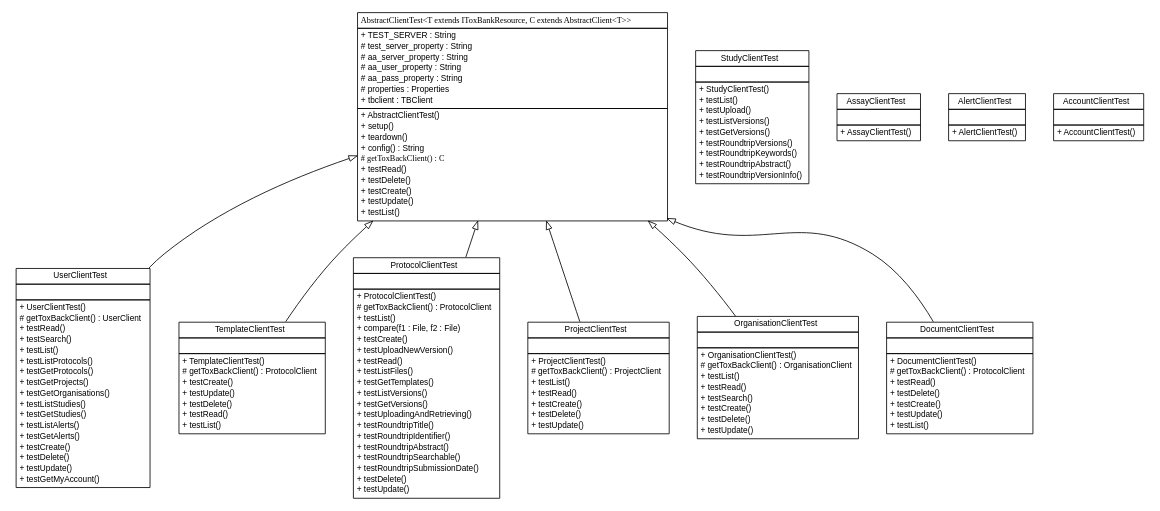
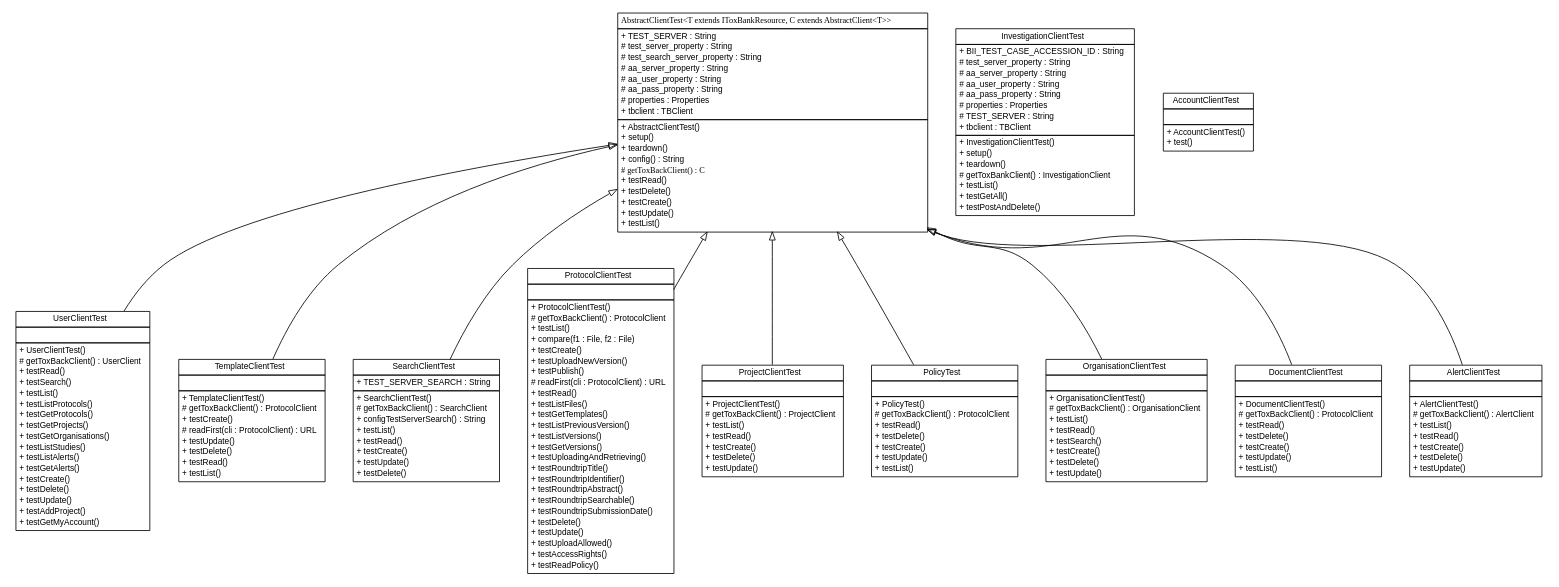
One commit to ToxBank/toxbank-api-client changed the diagram in testapidocs/net/toxbank/client/resource/net.toxbank.client.resource.dot. Above: the diagram before and after it, drawn with Graphviz. The commit also changed 329 other files, not shown here.

```diff
--- a/testapidocs/net/toxbank/client/resource/net.toxbank.client.resource.dot
+++ b/testapidocs/net/toxbank/client/resource/net.toxbank.client.resource.dot
@@ -26,12 +26,12 @@
 			<tr><td align="left"> + testGetProjects() </td></tr>
 			<tr><td align="left"> + testGetOrganisations() </td></tr>
 			<tr><td align="left"> + testListStudies() </td></tr>
-			<tr><td align="left"> + testGetStudies() </td></tr>
 			<tr><td align="left"> + testListAlerts() </td></tr>
 			<tr><td align="left"> + testGetAlerts() </td></tr>
 			<tr><td align="left"> + testCreate() </td></tr>
 			<tr><td align="left"> + testDelete() </td></tr>
 			<tr><td align="left"> + testUpdate() </td></tr>
+			<tr><td align="left"> + testAddProject() </td></tr>
 			<tr><td align="left"> + testGetMyAccount() </td></tr>
 		</table></td></tr>
 		</table>>, fontname="arial", fontcolor="black", fontsize=10.0];
@@ -47,30 +47,30 @@
 			<tr><td align="left"> + TemplateClientTest() </td></tr>
 			<tr><td align="left"> # getToxBackClient() : ProtocolClient </td></tr>
 			<tr><td align="left"> + testCreate() </td></tr>
+			<tr><td align="left"> # readFirst(cli : ProtocolClient) : URL </td></tr>
 			<tr><td align="left"> + testUpdate() </td></tr>
 			<tr><td align="left"> + testDelete() </td></tr>
 			<tr><td align="left"> + testRead() </td></tr>
 			<tr><td align="left"> + testList() </td></tr>
 		</table></td></tr>
 		</table>>, fontname="arial", fontcolor="black", fontsize=10.0];
-	// net.toxbank.client.resource.StudyClientTest
-	c2 [label=<<table border="0" cellborder="1" cellspacing="0" cellpadding="2" port="p" href="./StudyClientTest.html">
+	// net.toxbank.client.resource.SearchClientTest
+	c2 [label=<<table border="0" cellborder="1" cellspacing="0" cellpadding="2" port="p" href="./SearchClientTest.html">
 		<tr><td><table border="0" cellspacing="0" cellpadding="1">
-			<tr><td> StudyClientTest </td></tr>
+			<tr><td> SearchClientTest </td></tr>
 		</table></td></tr>
 		<tr><td><table border="0" cellspacing="0" cellpadding="1">
-			<tr><td align="left">  </td></tr>
+			<tr><td align="left"> + TEST_SERVER_SEARCH : String </td></tr>
 		</table></td></tr>
 		<tr><td><table border="0" cellspacing="0" cellpadding="1">
-			<tr><td align="left"> + StudyClientTest() </td></tr>
+			<tr><td align="left"> + SearchClientTest() </td></tr>
+			<tr><td align="left"> # getToxBackClient() : SearchClient </td></tr>
+			<tr><td align="left"> + configTestServerSearch() : String </td></tr>
 			<tr><td align="left"> + testList() </td></tr>
-			<tr><td align="left"> + testUpload() </td></tr>
-			<tr><td align="left"> + testListVersions() </td></tr>
-			<tr><td align="left"> + testGetVersions() </td></tr>
-			<tr><td align="left"> + testRoundtripVersions() </td></tr>
-			<tr><td align="left"> + testRoundtripKeywords() </td></tr>
-			<tr><td align="left"> + testRoundtripAbstract() </td></tr>
-			<tr><td align="left"> + testRoundtripVersionInfo() </td></tr>
+			<tr><td align="left"> + testRead() </td></tr>
+			<tr><td align="left"> + testCreate() </td></tr>
+			<tr><td align="left"> + testUpdate() </td></tr>
+			<tr><td align="left"> + testDelete() </td></tr>
 		</table></td></tr>
 		</table>>, fontname="arial", fontcolor="black", fontsize=10.0];
 	// net.toxbank.client.resource.ProtocolClientTest
@@ -88,9 +88,12 @@
 			<tr><td align="left"> + compare(f1 : File, f2 : File) </td></tr>
 			<tr><td align="left"> + testCreate() </td></tr>
 			<tr><td align="left"> + testUploadNewVersion() </td></tr>
+			<tr><td align="left"> + testPublish() </td></tr>
+			<tr><td align="left"> # readFirst(cli : ProtocolClient) : URL </td></tr>
 			<tr><td align="left"> + testRead() </td></tr>
 			<tr><td align="left"> + testListFiles() </td></tr>
 			<tr><td align="left"> + testGetTemplates() </td></tr>
+			<tr><td align="left"> + testListPreviousVersion() </td></tr>
 			<tr><td align="left"> + testListVersions() </td></tr>
 			<tr><td align="left"> + testGetVersions() </td></tr>
 			<tr><td align="left"> + testUploadingAndRetrieving() </td></tr>
@@ -101,6 +104,9 @@
 			<tr><td align="left"> + testRoundtripSubmissionDate() </td></tr>
 			<tr><td align="left"> + testDelete() </td></tr>
 			<tr><td align="left"> + testUpdate() </td></tr>
+			<tr><td align="left"> + testUploadAllowed() </td></tr>
+			<tr><td align="left"> + testAccessRights() </td></tr>
+			<tr><td align="left"> + testReadPolicy() </td></tr>
 		</table></td></tr>
 		</table>>, fontname="arial", fontcolor="black", fontsize=10.0];
 	// net.toxbank.client.resource.ProjectClientTest
@@ -121,8 +127,26 @@
 			<tr><td align="left"> + testUpdate() </td></tr>
 		</table></td></tr>
 		</table>>, fontname="arial", fontcolor="black", fontsize=10.0];
+	// net.toxbank.client.resource.PolicyTest
+	c5 [label=<<table border="0" cellborder="1" cellspacing="0" cellpadding="2" port="p" href="./PolicyTest.html">
+		<tr><td><table border="0" cellspacing="0" cellpadding="1">
+			<tr><td> PolicyTest </td></tr>
+		</table></td></tr>
+		<tr><td><table border="0" cellspacing="0" cellpadding="1">
+			<tr><td align="left">  </td></tr>
+		</table></td></tr>
+		<tr><td><table border="0" cellspacing="0" cellpadding="1">
+			<tr><td align="left"> + PolicyTest() </td></tr>
+			<tr><td align="left"> # getToxBackClient() : ProtocolClient </td></tr>
+			<tr><td align="left"> + testRead() </td></tr>
+			<tr><td align="left"> + testDelete() </td></tr>
+			<tr><td align="left"> + testCreate() </td></tr>
+			<tr><td align="left"> + testUpdate() </td></tr>
+			<tr><td align="left"> + testList() </td></tr>
+		</table></td></tr>
+		</table>>, fontname="arial", fontcolor="black", fontsize=10.0];
 	// net.toxbank.client.resource.OrganisationClientTest
-	c5 [label=<<table border="0" cellborder="1" cellspacing="0" cellpadding="2" port="p" href="./OrganisationClientTest.html">
+	c6 [label=<<table border="0" cellborder="1" cellspacing="0" cellpadding="2" port="p" href="./OrganisationClientTest.html">
 		<tr><td><table border="0" cellspacing="0" cellpadding="1">
 			<tr><td> OrganisationClientTest </td></tr>
 		</table></td></tr>
@@ -140,8 +164,33 @@
 			<tr><td align="left"> + testUpdate() </td></tr>
 		</table></td></tr>
 		</table>>, fontname="arial", fontcolor="black", fontsize=10.0];
+	// net.toxbank.client.resource.InvestigationClientTest
+	c7 [label=<<table border="0" cellborder="1" cellspacing="0" cellpadding="2" port="p" href="./InvestigationClientTest.html">
+		<tr><td><table border="0" cellspacing="0" cellpadding="1">
+			<tr><td> InvestigationClientTest </td></tr>
+		</table></td></tr>
+		<tr><td><table border="0" cellspacing="0" cellpadding="1">
+			<tr><td align="left"> + BII_TEST_CASE_ACCESSION_ID : String </td></tr>
+			<tr><td align="left"> # test_server_property : String </td></tr>
+			<tr><td align="left"> # aa_server_property : String </td></tr>
+			<tr><td align="left"> # aa_user_property : String </td></tr>
+			<tr><td align="left"> # aa_pass_property : String </td></tr>
+			<tr><td align="left"> # properties : Properties </td></tr>
+			<tr><td align="left"> # TEST_SERVER : String </td></tr>
+			<tr><td align="left"> + tbclient : TBClient </td></tr>
+		</table></td></tr>
+		<tr><td><table border="0" cellspacing="0" cellpadding="1">
+			<tr><td align="left"> + InvestigationClientTest() </td></tr>
+			<tr><td align="left"> + setup() </td></tr>
+			<tr><td align="left"> + teardown() </td></tr>
+			<tr><td align="left"> # getToxBankClient() : InvestigationClient </td></tr>
+			<tr><td align="left"> + testList() </td></tr>
+			<tr><td align="left"> + testGetAll() </td></tr>
+			<tr><td align="left"> + testPostAndDelete() </td></tr>
+		</table></td></tr>
+		</table>>, fontname="arial", fontcolor="black", fontsize=10.0];
 	// net.toxbank.client.resource.DocumentClientTest
-	c6 [label=<<table border="0" cellborder="1" cellspacing="0" cellpadding="2" port="p" href="./DocumentClientTest.html">
+	c8 [label=<<table border="0" cellborder="1" cellspacing="0" cellpadding="2" port="p" href="./DocumentClientTest.html">
 		<tr><td><table border="0" cellspacing="0" cellpadding="1">
 			<tr><td> DocumentClientTest </td></tr>
 		</table></td></tr>
@@ -158,20 +207,8 @@
 			<tr><td align="left"> + testList() </td></tr>
 		</table></td></tr>
 		</table>>, fontname="arial", fontcolor="black", fontsize=10.0];
-	// net.toxbank.client.resource.AssayClientTest
-	c7 [label=<<table border="0" cellborder="1" cellspacing="0" cellpadding="2" port="p" href="./AssayClientTest.html">
-		<tr><td><table border="0" cellspacing="0" cellpadding="1">
-			<tr><td> AssayClientTest </td></tr>
-		</table></td></tr>
-		<tr><td><table border="0" cellspacing="0" cellpadding="1">
-			<tr><td align="left">  </td></tr>
-		</table></td></tr>
-		<tr><td><table border="0" cellspacing="0" cellpadding="1">
-			<tr><td align="left"> + AssayClientTest() </td></tr>
-		</table></td></tr>
-		</table>>, fontname="arial", fontcolor="black", fontsize=10.0];
 	// net.toxbank.client.resource.AlertClientTest
-	c8 [label=<<table border="0" cellborder="1" cellspacing="0" cellpadding="2" port="p" href="./AlertClientTest.html">
+	c9 [label=<<table border="0" cellborder="1" cellspacing="0" cellpadding="2" port="p" href="./AlertClientTest.html">
 		<tr><td><table border="0" cellspacing="0" cellpadding="1">
 			<tr><td> AlertClientTest </td></tr>
 		</table></td></tr>
@@ -180,10 +217,16 @@
 		</table></td></tr>
 		<tr><td><table border="0" cellspacing="0" cellpadding="1">
 			<tr><td align="left"> + AlertClientTest() </td></tr>
+			<tr><td align="left"> # getToxBackClient() : AlertClient </td></tr>
+			<tr><td align="left"> + testList() </td></tr>
+			<tr><td align="left"> + testRead() </td></tr>
+			<tr><td align="left"> + testCreate() </td></tr>
+			<tr><td align="left"> + testDelete() </td></tr>
+			<tr><td align="left"> + testUpdate() </td></tr>
 		</table></td></tr>
 		</table>>, fontname="arial", fontcolor="black", fontsize=10.0];
 	// net.toxbank.client.resource.AccountClientTest
-	c9 [label=<<table border="0" cellborder="1" cellspacing="0" cellpadding="2" port="p" href="./AccountClientTest.html">
+	c10 [label=<<table border="0" cellborder="1" cellspacing="0" cellpadding="2" port="p" href="./AccountClientTest.html">
 		<tr><td><table border="0" cellspacing="0" cellpadding="1">
 			<tr><td> AccountClientTest </td></tr>
 		</table></td></tr>
@@ -192,16 +235,18 @@
 		</table></td></tr>
 		<tr><td><table border="0" cellspacing="0" cellpadding="1">
 			<tr><td align="left"> + AccountClientTest() </td></tr>
+			<tr><td align="left"> + test() </td></tr>
 		</table></td></tr>
 		</table>>, fontname="arial", fontcolor="black", fontsize=10.0];
 	// net.toxbank.client.resource.AbstractClientTest<T extends net.toxbank.client.resource.IToxBankResource, C extends net.toxbank.client.resource.AbstractClient<T>>
-	c10 [label=<<table border="0" cellborder="1" cellspacing="0" cellpadding="2" port="p" href="./AbstractClientTest.html">
+	c11 [label=<<table border="0" cellborder="1" cellspacing="0" cellpadding="2" port="p" href="./AbstractClientTest.html">
 		<tr><td><table border="0" cellspacing="0" cellpadding="1">
 			<tr><td><font face="ariali"> AbstractClientTest&lt;T extends IToxBankResource, C extends AbstractClient&lt;T&gt;&gt; </font></td></tr>
 		</table></td></tr>
 		<tr><td><table border="0" cellspacing="0" cellpadding="1">
 			<tr><td align="left"> + TEST_SERVER : String </td></tr>
 			<tr><td align="left"> # test_server_property : String </td></tr>
+			<tr><td align="left"> # test_search_server_property : String </td></tr>
 			<tr><td align="left"> # aa_server_property : String </td></tr>
 			<tr><td align="left"> # aa_user_property : String </td></tr>
 			<tr><td align="left"> # aa_pass_property : String </td></tr>
@@ -222,15 +267,21 @@
 		</table></td></tr>
 		</table>>, fontname="arial", fontcolor="black", fontsize=10.0];
 	//net.toxbank.client.resource.UserClientTest extends net.toxbank.client.resource.AbstractClientTest<net.toxbank.client.resource.User, net.toxbank.client.resource.UserClient>
-	c10:p -> c0:p [dir=back,arrowtail=empty];
+	c11:p -> c0:p [dir=back,arrowtail=empty];
 	//net.toxbank.client.resource.TemplateClientTest extends net.toxbank.client.resource.AbstractClientTest<net.toxbank.client.resource.Protocol, net.toxbank.client.resource.ProtocolClient>
-	c10:p -> c1:p [dir=back,arrowtail=empty];
+	c11:p -> c1:p [dir=back,arrowtail=empty];
+	//net.toxbank.client.resource.SearchClientTest extends net.toxbank.client.resource.AbstractClientTest<net.toxbank.client.resource.Protocol, net.toxbank.client.resource.SearchClient>
+	c11:p -> c2:p [dir=back,arrowtail=empty];
 	//net.toxbank.client.resource.ProtocolClientTest extends net.toxbank.client.resource.AbstractClientTest<net.toxbank.client.resource.Protocol, net.toxbank.client.resource.ProtocolClient>
-	c10:p -> c3:p [dir=back,arrowtail=empty];
+	c11:p -> c3:p [dir=back,arrowtail=empty];
 	//net.toxbank.client.resource.ProjectClientTest extends net.toxbank.client.resource.AbstractClientTest<net.toxbank.client.resource.Project, net.toxbank.client.resource.ProjectClient>
-	c10:p -> c4:p [dir=back,arrowtail=empty];
+	c11:p -> c4:p [dir=back,arrowtail=empty];
+	//net.toxbank.client.resource.PolicyTest extends net.toxbank.client.resource.AbstractClientTest<net.toxbank.client.resource.Protocol, net.toxbank.client.resource.ProtocolClient>
+	c11:p -> c5:p [dir=back,arrowtail=empty];
 	//net.toxbank.client.resource.OrganisationClientTest extends net.toxbank.client.resource.AbstractClientTest<net.toxbank.client.resource.Organisation, net.toxbank.client.resource.OrganisationClient>
-	c10:p -> c5:p [dir=back,arrowtail=empty];
+	c11:p -> c6:p [dir=back,arrowtail=empty];
 	//net.toxbank.client.resource.DocumentClientTest extends net.toxbank.client.resource.AbstractClientTest<net.toxbank.client.resource.Protocol, net.toxbank.client.resource.ProtocolClient>
-	c10:p -> c6:p [dir=back,arrowtail=empty];
+	c11:p -> c8:p [dir=back,arrowtail=empty];
+	//net.toxbank.client.resource.AlertClientTest extends net.toxbank.client.resource.AbstractClientTest<net.toxbank.client.resource.Alert, net.toxbank.client.resource.AlertClient>
+	c11:p -> c9:p [dir=back,arrowtail=empty];
 }
```
